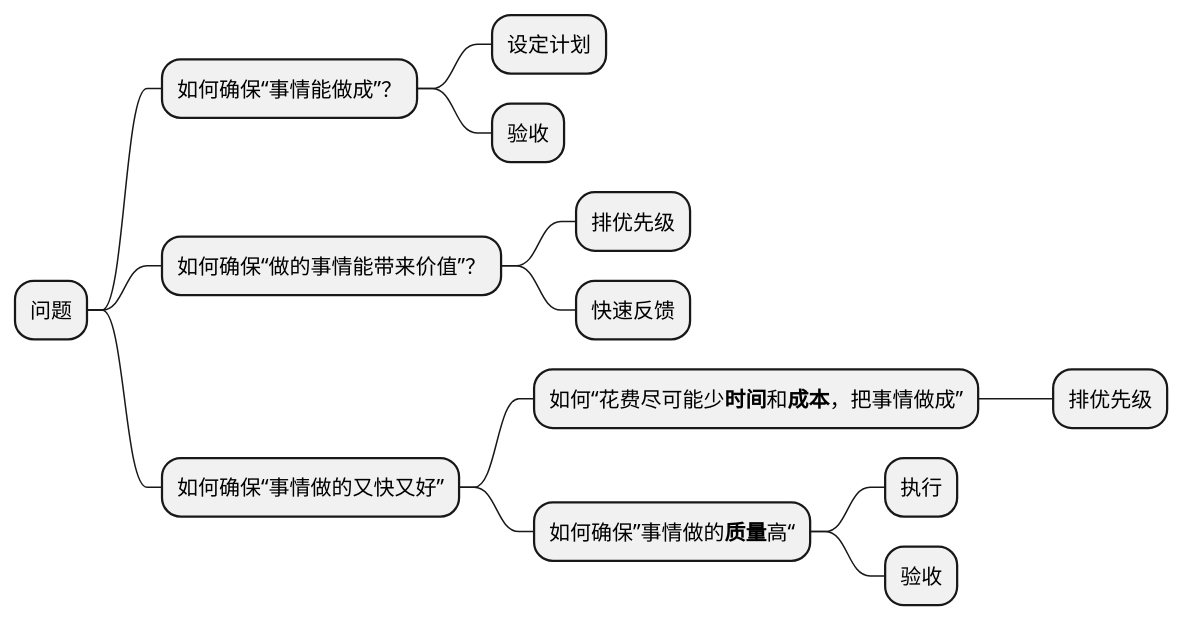
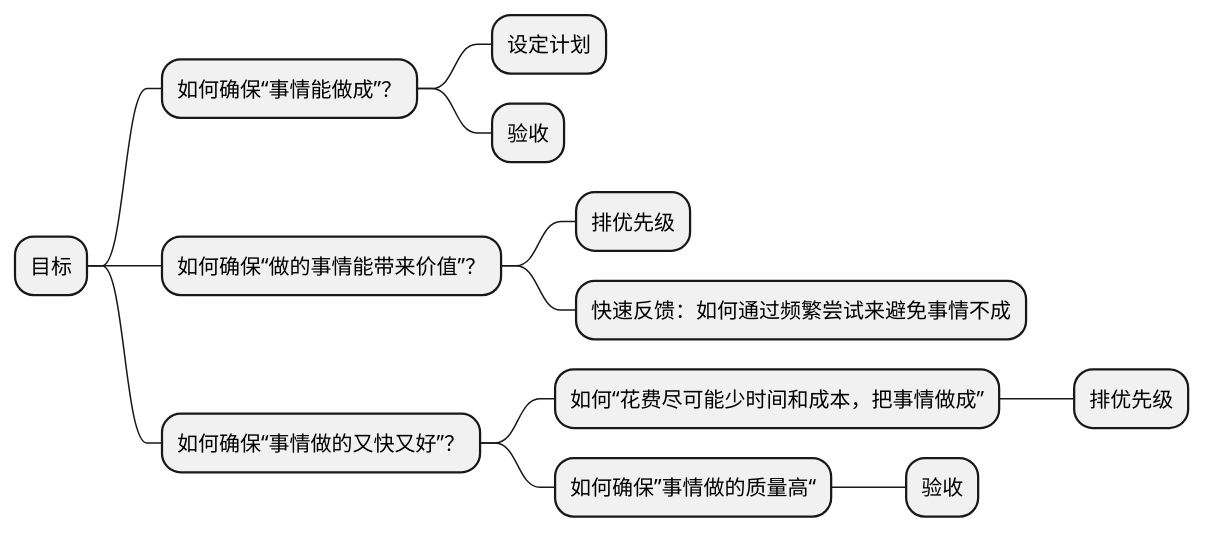
The sixth of 13 diagrams in content/insights/what_is_agile/index.zh-cn.raw.md (lem-org/lem-org.github.io), drawn with PlantUML before and after one commit. The commit also changed other lines of this file and 22 other files, not shown here.

````diff
--- a/content/insights/what_is_agile/index.zh-cn.raw.md
+++ b/content/insights/what_is_agile/index.zh-cn.raw.md
@@ -86,17 +130,16 @@
 ```plantuml
 @startmindmap
-* 问题
+* 目标
     * 如何确保“事情能做成”？
         * 设定计划
         * 验收
     * 如何确保“做的事情能带来价值”？
         * 排优先级
-        * 快速反馈
-    * 如何确保“事情做的又快又好”
-        * 如何“花费尽可能少**时间**和**成本**，把事情做成”
+        * 快速反馈：如何通过频繁尝试来避免事情不成
+    * 如何确保“事情做的又快又好”？
+        * 如何“花费尽可能少时间和成本，把事情做成”
             * 排优先级
-        * 如何确保”事情做的**质量**高“
-            * 执行
+        * 如何确保”事情做的质量高“
             * 验收
 @endmindmap
 ```
````
